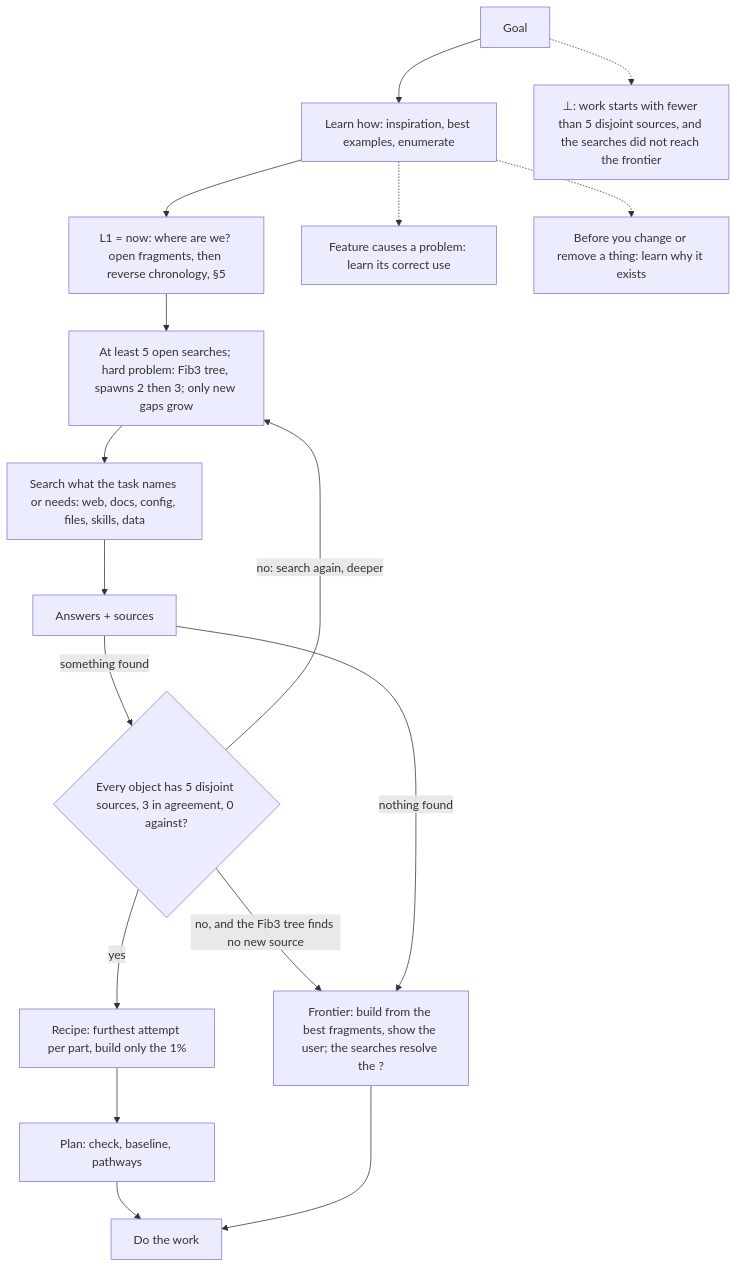
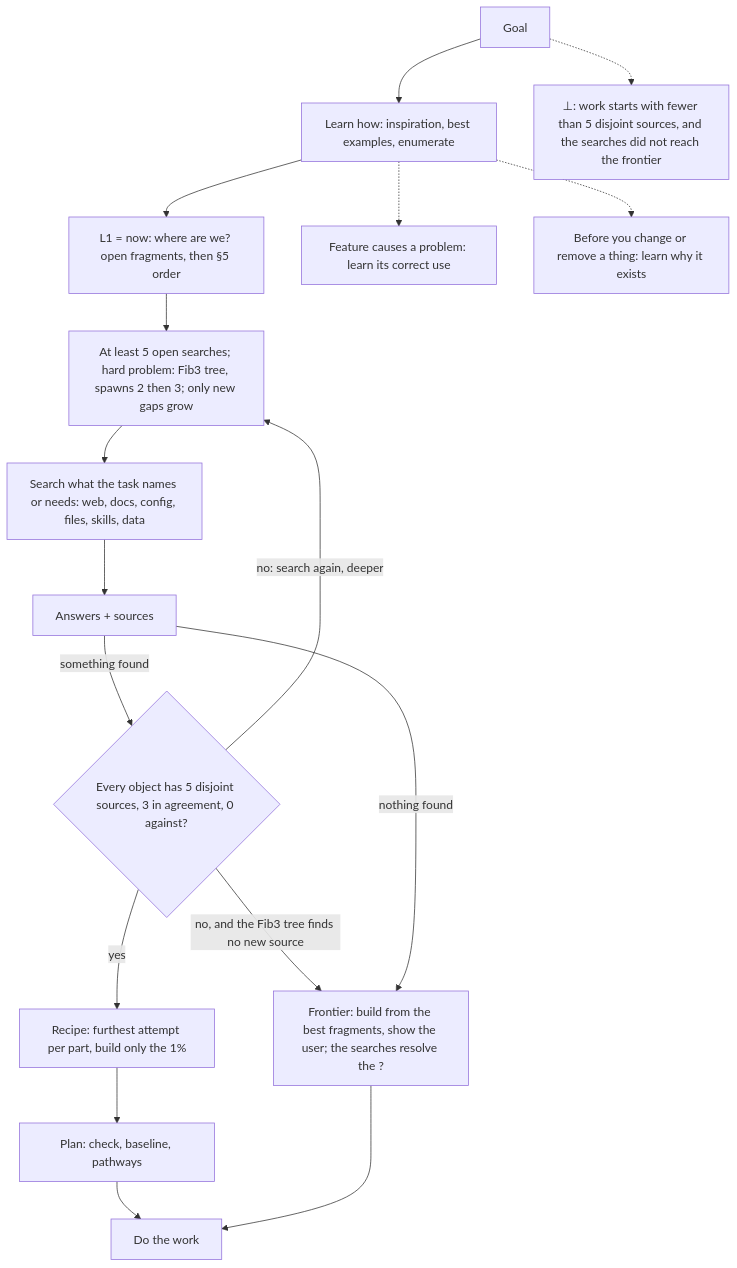
Before and after one commit to SolenixAI/arbiter: the fourth of 14 diagrams in AGENTS.md, drawn with Mermaid. The commit also changed other lines of this file and 1 other file, not shown here.

````diff
--- a/AGENTS.md
+++ b/AGENTS.md
@@ -229,12 +227,12 @@
 ```mermaid
 flowchart TD
-  G[Goal] --> L[Learn how: inspiration, best examples, enumerate] --> F1["L1 = now: where are we? open fragments, then reverse chronology, §5"] --> Q["At least 5 open searches; hard problem: Fib3 tree, spawns 2 then 3; only new gaps grow"] --> S[Search what the task names or needs: web, docs, config, files, skills, data]
+  G[Goal] --> L[Learn how: inspiration, best examples, enumerate] --> F1["L1 = now: where are we? open fragments, then §5 order"] --> Q["At least 5 open searches; hard problem: Fib3 tree, spawns 2 then 3; only new gaps grow"] --> S[Search what the task names or needs: web, docs, config, files, skills, data]
   S --> A[Answers + sources] -->|something found| N{Every object has 5 disjoint sources, 3 in agreement, 0 against?}
   N -->|no: search again, deeper| Q
   N -->|no, and the Fib3 tree finds no new source| U
   N -->|yes| R[Recipe: furthest attempt per part, build only the 1%] --> P[Plan: check, baseline, pathways] --> B[Do the work]
   A -->|nothing found| U["Frontier: build from the best fragments, show the user; the searches resolve the ?"] --> B
   L -.-> NB[Feature causes a problem: learn its correct use]
   L -.-> CF[Before you change or remove a thing: learn why it exists]
   G -.-> BOT["⊥: work starts with fewer than 5 disjoint sources, and the searches did not reach the frontier"]
 ```
````
